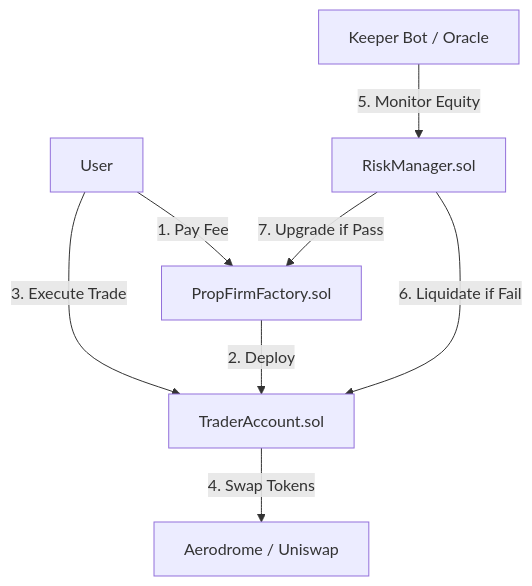
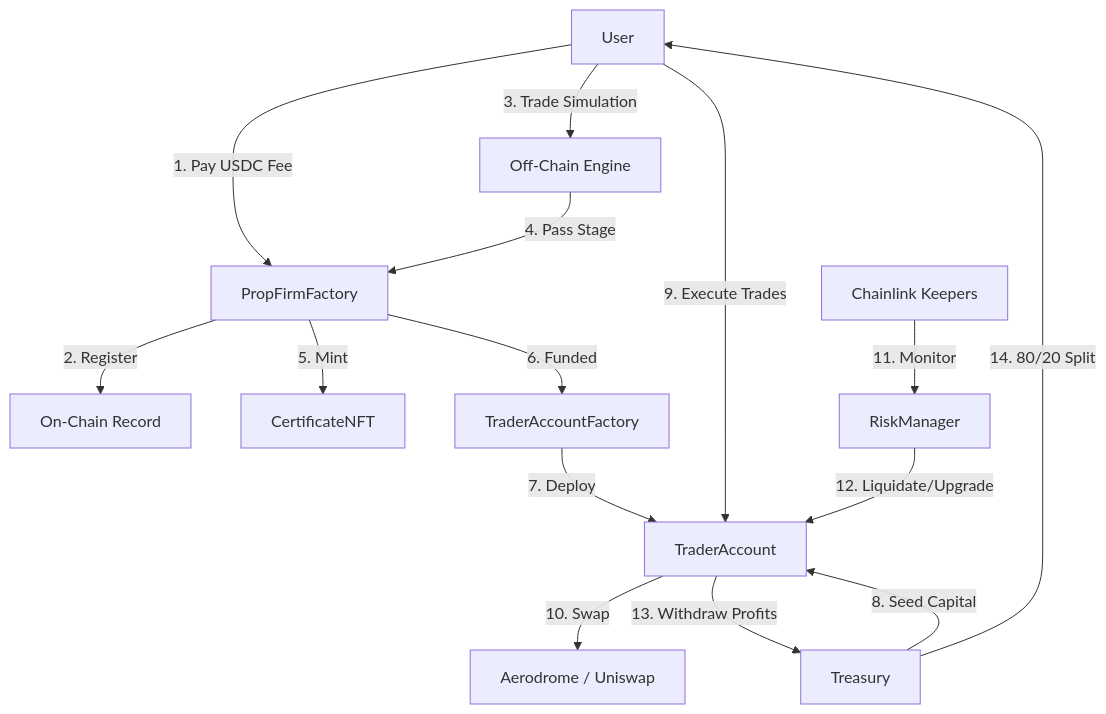
The diagram in SC.md (JJJRLP/BaseCapital), drawn with Mermaid before and after one commit. The commit also changed other lines of this file and 6 other files, not shown here.

````diff
--- a/SC.md
+++ b/SC.md
@@ -50,12 +70,24 @@
 ```mermaid
 graph TD
-    User[User] -->|1. Pay Fee| Factory[PropFirmFactory.sol]
-    Factory -->|2. Deploy| Account[TraderAccount.sol]
+    User[User] -->|1. Pay USDC Fee| Factory[PropFirmFactory]
+    Factory -->|2. Register| OnChain[On-Chain Record]
     
-    User -->|3. Execute Trade| Account
-    Account -->|4. Swap Tokens| DEX[Aerodrome / Uniswap]
+    User -->|3. Trade Simulation| OffChain[Off-Chain Engine]
     
-    Keeper[Keeper Bot / Oracle] -->|5. Monitor Equity| RiskManager[RiskManager.sol]
-    RiskManager -->|6. Liquidate if Fail| Account
-    RiskManager -->|7. Upgrade if Pass| Factory
+    OffChain -->|4. Pass Stage| Factory
+    Factory -->|5. Mint| NFT[CertificateNFT]
+    
+    Factory -->|6. Funded| TAFactory[TraderAccountFactory]
+    TAFactory -->|7. Deploy| Account[TraderAccount]
+    
+    Treasury -->|8. Seed Capital| Account
+    
+    User -->|9. Execute Trades| Account
+    Account -->|10. Swap| DEX[Aerodrome / Uniswap]
+    
+    Keeper[Chainlink Keepers] -->|11. Monitor| RiskManager
+    RiskManager -->|12. Liquidate/Upgrade| Account
+    
+    Account -->|13. Withdraw Profits| Treasury
+    Treasury -->|14. 80/20 Split| User
 ```
````
